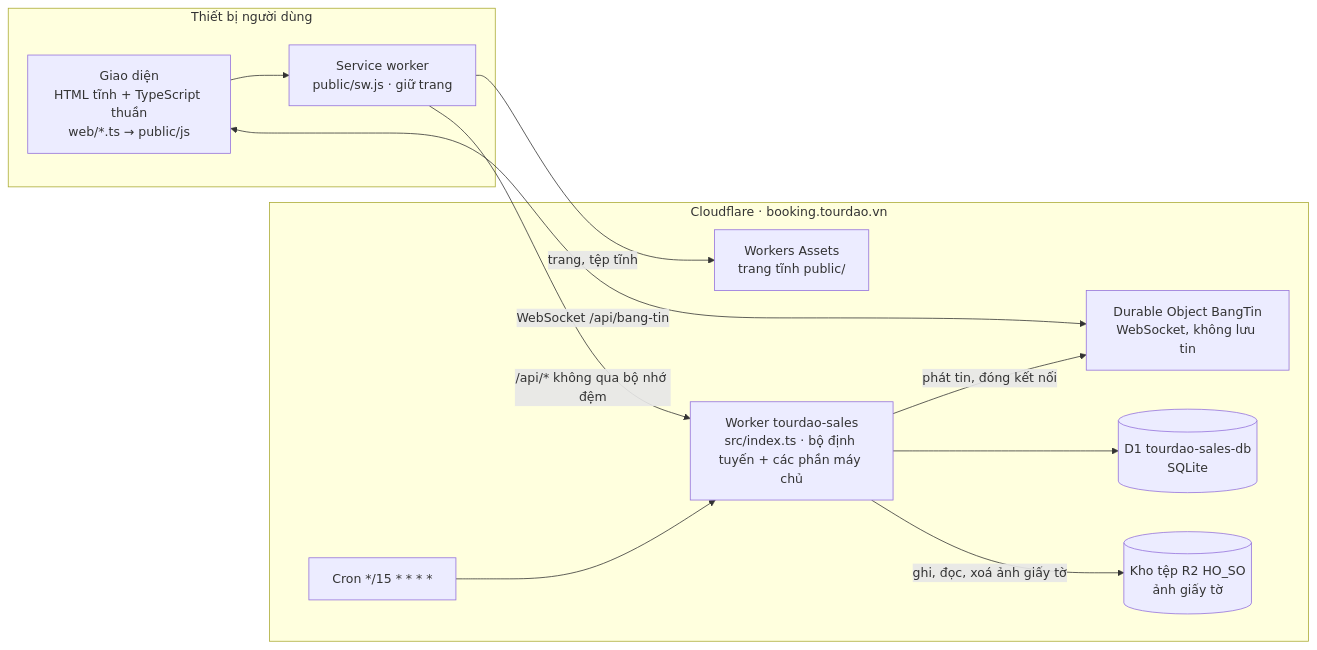
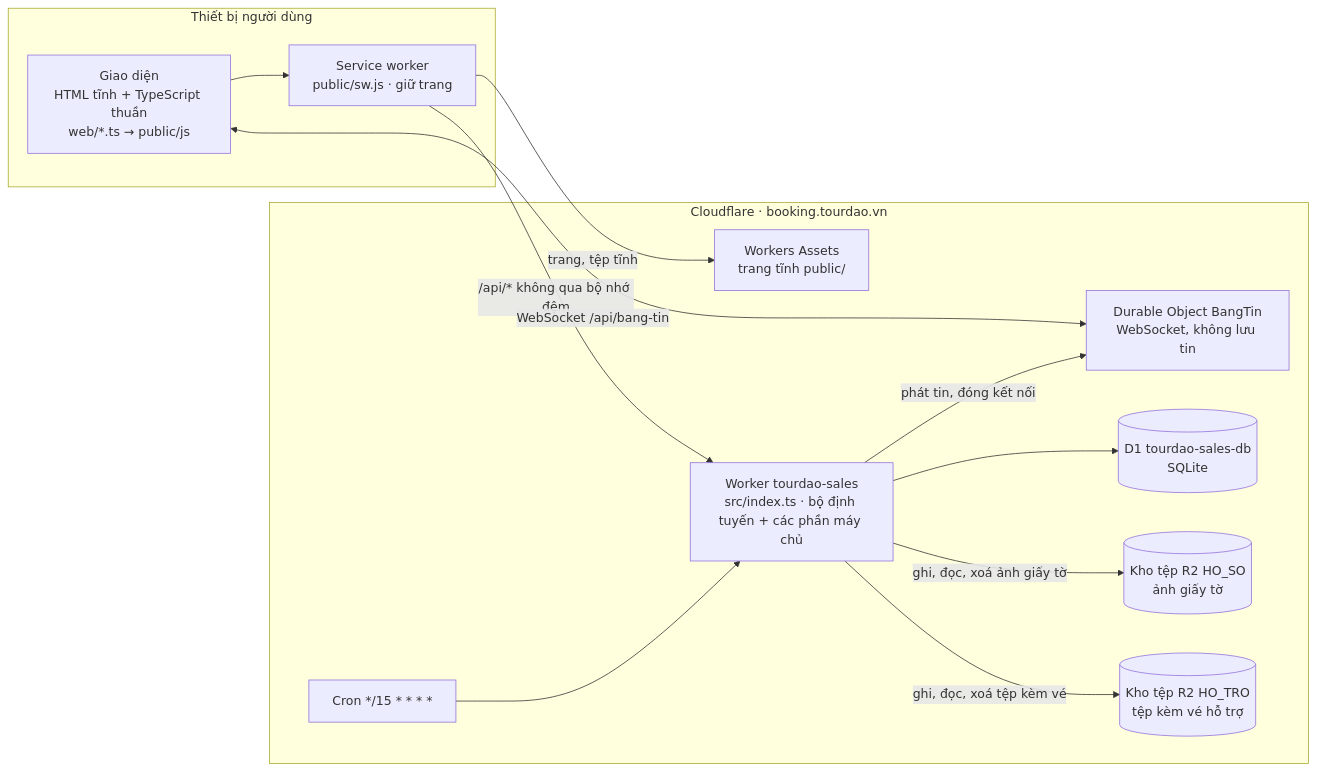
Before and after one commit to luutuanvu1010/tourdaobooking: the second of 5 diagrams in docs/so-do-kien-truc/README.md, drawn with Mermaid. The commit also changed other lines of this file and 13 other files, not shown here.

First line of the commit message:
Tệp kèm vé hỗ trợ: kiểm Chrome + e2e, tài liệu, sổ hàng rào, nhật ký 2.39 tạm (ADR-0144)

````diff
--- a/docs/so-do-kien-truc/README.md
+++ b/docs/so-do-kien-truc/README.md
@@ -120,23 +121,25 @@
 ```mermaid
 flowchart LR
   subgraph TBND["Thiết bị người dùng"]
     UI["Giao diện<br/>HTML tĩnh + TypeScript thuần<br/>web/*.ts → public/js"]
     SW["Service worker<br/>public/sw.js · giữ trang"]
   end
   subgraph CF["Cloudflare · booking.tourdao.vn"]
     AS["Workers Assets<br/>trang tĩnh public/"]
     WK["Worker tourdao-sales<br/>src/index.ts · bộ định tuyến + các phần máy chủ"]
     BT["Durable Object BangTin<br/>WebSocket, không lưu tin"]
     CR["Cron */15 * * * *"]
     DB[("D1 tourdao-sales-db<br/>SQLite")]
     R2[("Kho tệp R2 HO_SO<br/>ảnh giấy tờ")]
+    R2B[("Kho tệp R2 HO_TRO<br/>tệp kèm vé hỗ trợ")]
   end
   UI --> SW
   SW -->|"trang, tệp tĩnh"| AS
   SW -->|"/api/* không qua bộ nhớ đệm"| WK
   UI <-->|"WebSocket /api/bang-tin"| BT
   WK -->|"phát tin, đóng kết nối"| BT
   CR --> WK
   WK --> DB
   WK -->|"ghi, đọc, xoá ảnh giấy tờ"| R2
+  WK -->|"ghi, đọc, xoá tệp kèm vé"| R2B
 ```
````
